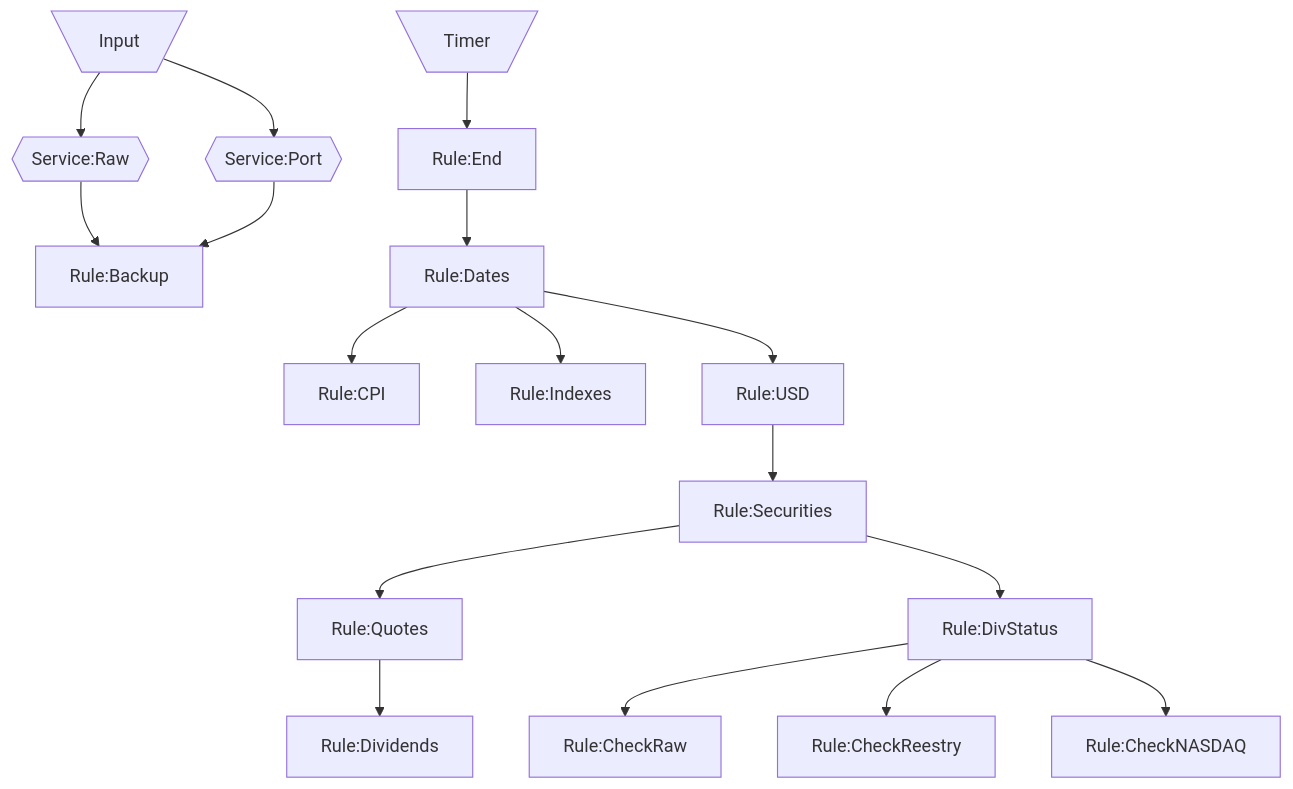
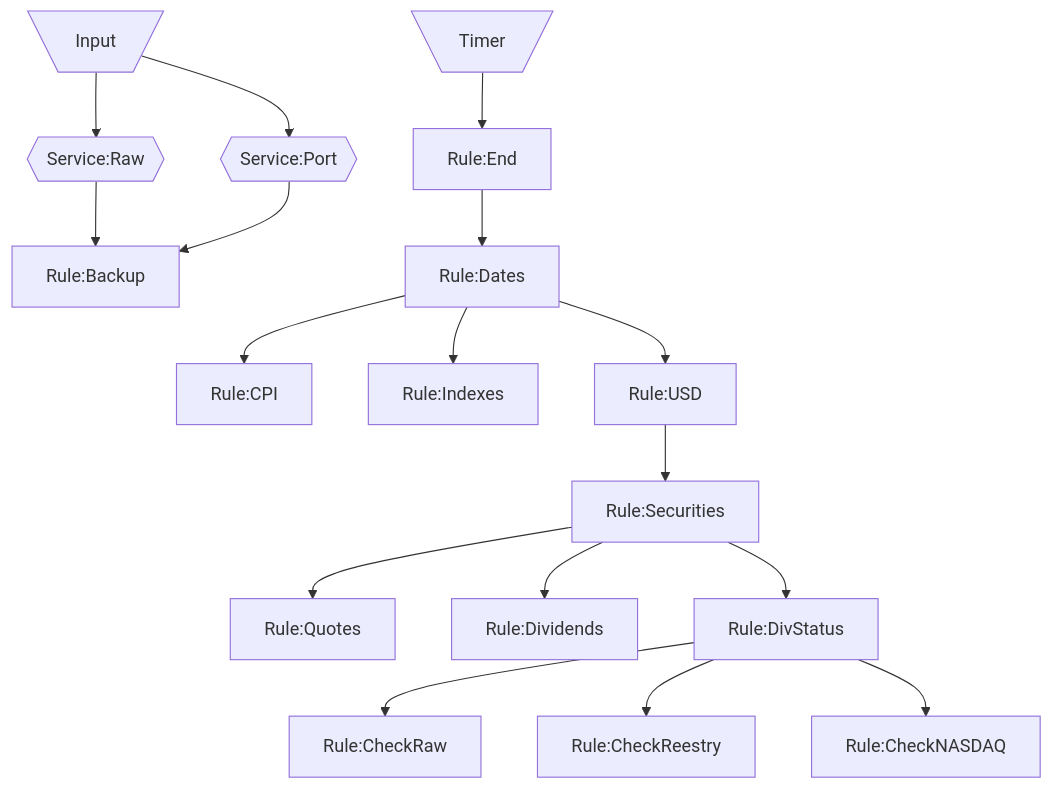
Before and after one commit to WLM1ke/poptimizer: the diagram in data/README.md, drawn with Mermaid. The commit also changed 2 other files, not shown here.

Commit message:
fix: дивиденды обновляются на основе перечня торгуемых бумаг
При обновлении на основе котировок, если новые котировки не появились,
то будущие иностранные дивиденды учитывались по устаревшему курсу

````diff
--- a/data/README.md
+++ b/data/README.md
@@ -24,23 +24,23 @@
 ```mermaid
 flowchart
     Input[\Input/]-->Service:Raw{{Service:Raw}}
     Input[\Input/]-->Service:Port{{Service:Port}}
     Service:Raw-->Rule:Backup
     Service:Port-->Rule:Backup
     
     Timer[\Timer/]-->Rule:End
     Rule:End-->Rule:Dates
     
     Rule:Dates-->Rule:CPI
     Rule:Dates-->Rule:Indexes
     Rule:Dates-->Rule:USD
 
 	Rule:USD-->Rule:Securities
     Rule:Securities-->Rule:Quotes
-	Rule:Quotes-->Rule:Dividends
+	Rule:Securities-->Rule:Dividends
 	Rule:Securities-->Rule:DivStatus
     
     Rule:DivStatus-->Rule:CheckRaw
     Rule:DivStatus-->Rule:CheckReestry
     Rule:DivStatus-->Rule:CheckNASDAQ
 ```
````
